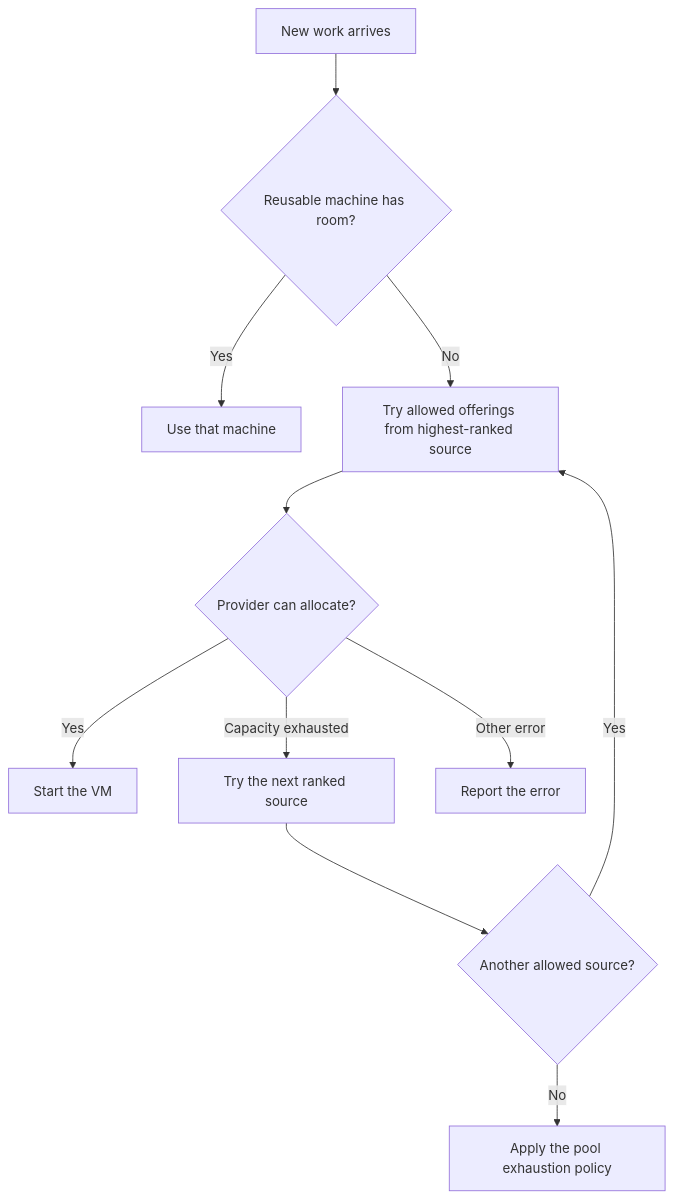
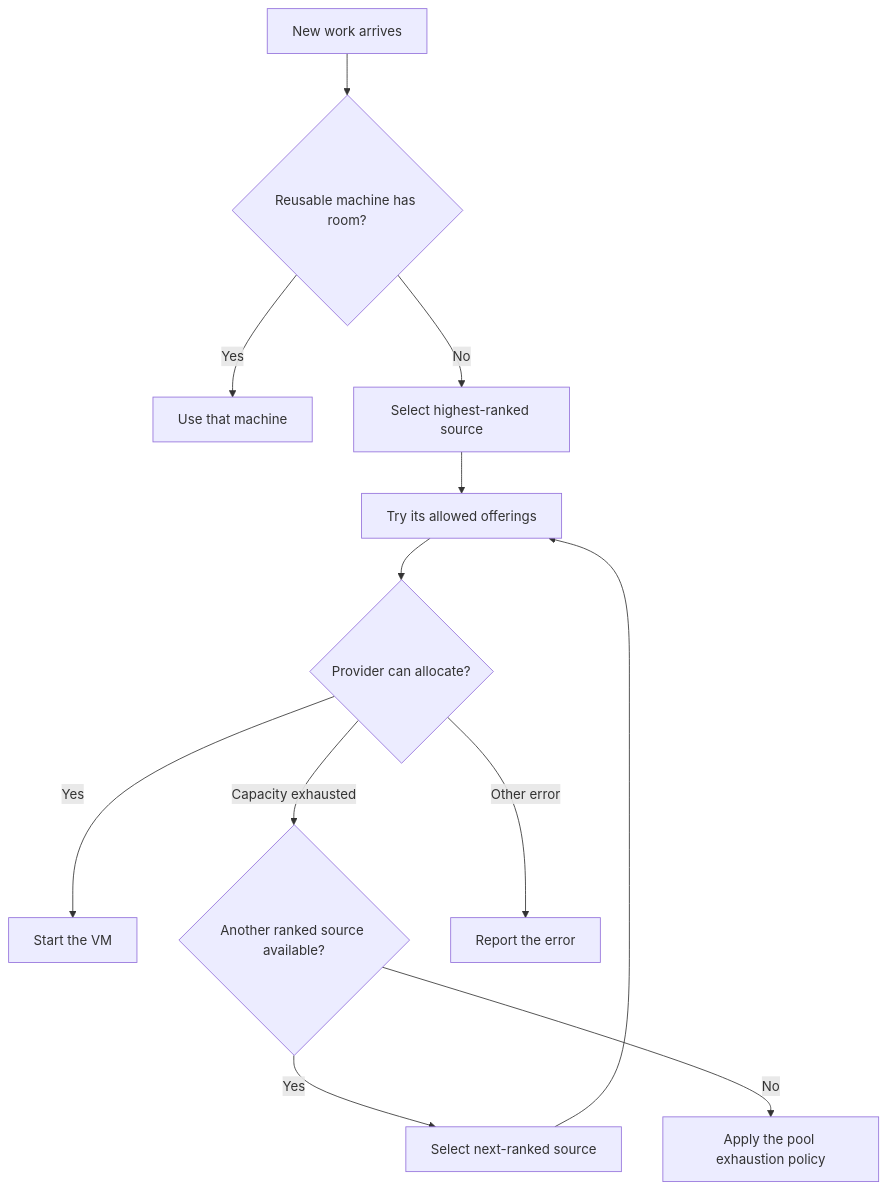
One commit to raphaeltm/simple-agent-manager changed the diagram in apps/www/src/content/blog/cloud-compute-pools-provider-fallback.md. Above: the diagram before and after it, drawn with Mermaid. The commit also changed other lines of this file, not shown here.

Commit message:
docs(www): clarify fallback sequence

````diff
--- a/apps/www/src/content/blog/cloud-compute-pools-provider-fallback.md
+++ b/apps/www/src/content/blog/cloud-compute-pools-provider-fallback.md
@@ -20,13 +20,14 @@
 ```mermaid
 flowchart TD
     A[New work arrives] --> B{Reusable machine has room?}
     B -->|Yes| C[Use that machine]
-    B -->|No| D[Try allowed offerings from highest-ranked source]
-    D --> E{Provider can allocate?}
-    E -->|Yes| F[Start the VM]
-    E -->|Capacity exhausted| G[Try the next ranked source]
-    G --> H{Another allowed source?}
-    H -->|Yes| D
-    H -->|No| I[Apply the pool exhaustion policy]
-    E -->|Other error| J[Report the error]
+    B -->|No| D[Select highest-ranked source]
+    D --> E[Try its allowed offerings]
+    E --> F{Provider can allocate?}
+    F -->|Yes| G[Start the VM]
+    F -->|Capacity exhausted| H{Another ranked source available?}
+    H -->|Yes| I[Select next-ranked source]
+    I --> E
+    H -->|No| J[Apply the pool exhaustion policy]
+    F -->|Other error| K[Report the error]
 ```
````
